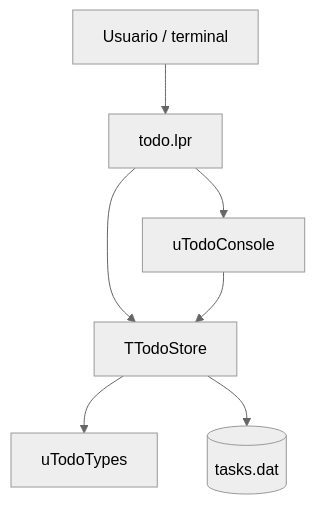
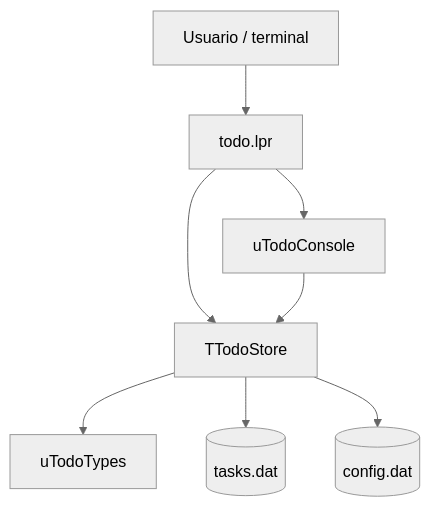
The second of 2 diagrams in README.md (WalexNet/todo_kanban_cli), drawn with Mermaid (neutral theme) before and after one commit. The commit also changed other lines of this file and 2 other files, not shown here.

````diff
--- a/README.md
+++ b/README.md
@@ -198,9 +218,10 @@
 ```mermaid
 flowchart TD
     U[Usuario / terminal] --> M[todo.lpr]
     M --> C[uTodoConsole]
     M --> S[TTodoStore]
     C --> S
     S --> T[uTodoTypes]
     S --> F[(tasks.dat)]
+    S --> G[(config.dat)]
 ```
````
